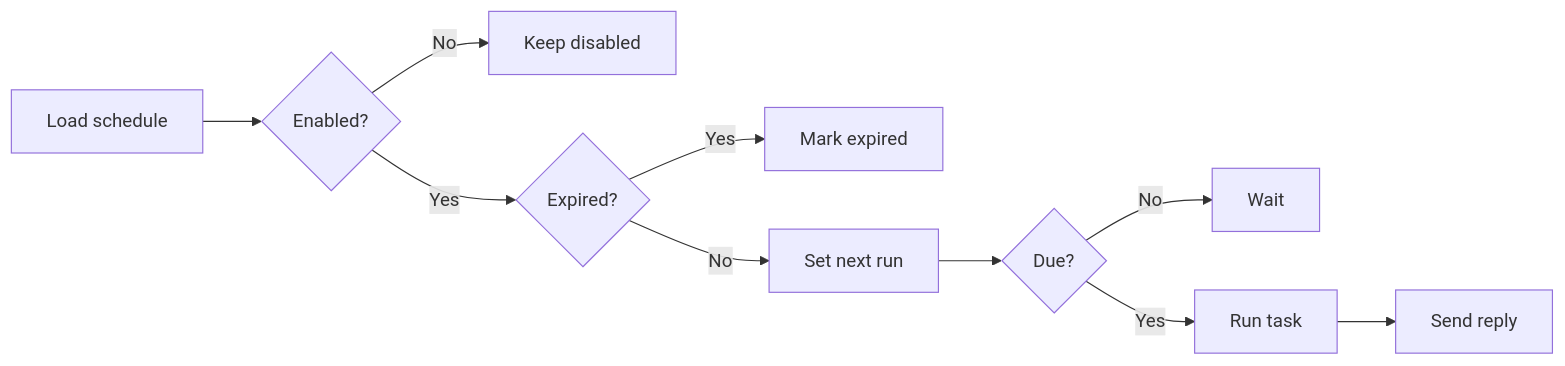
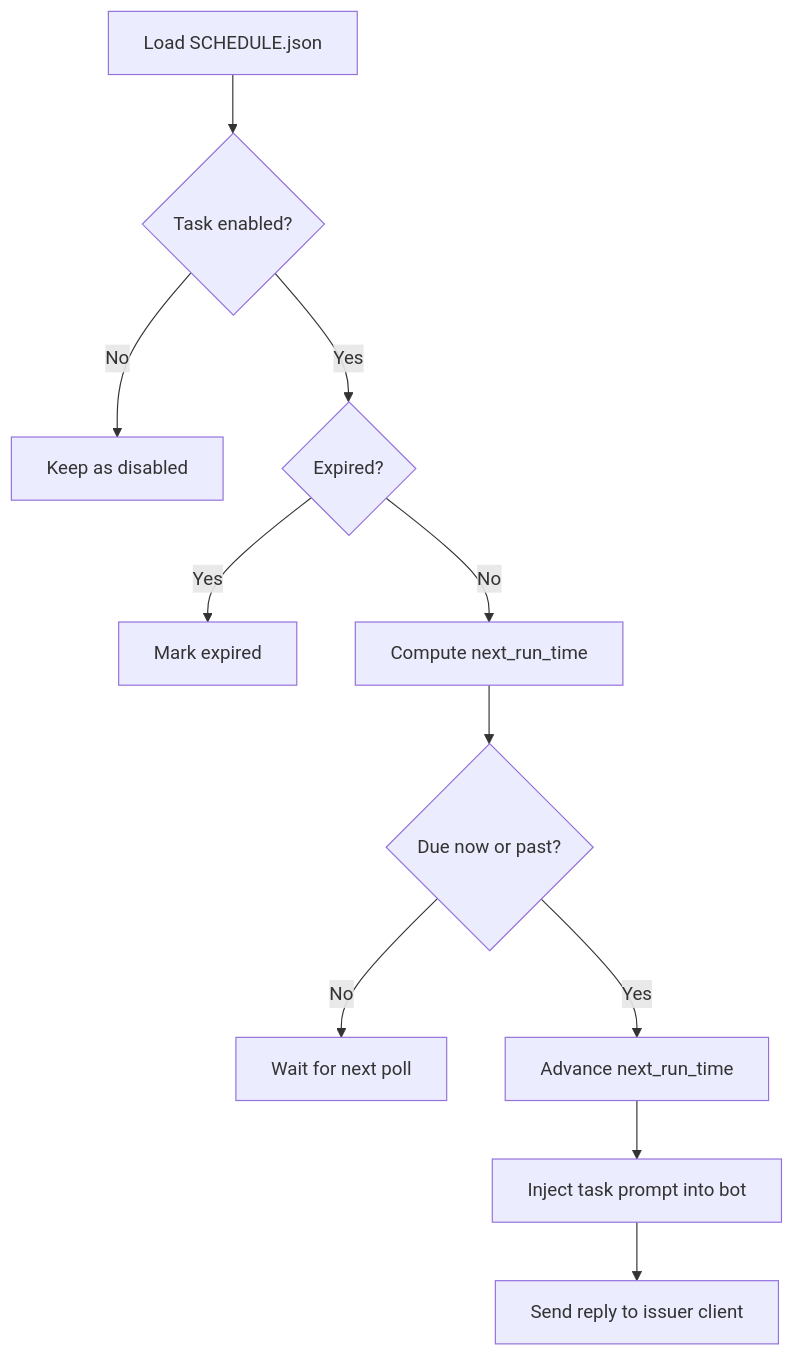
Before and after one commit to hseeda/10L-H-Claw: the fourth of 5 diagrams in README.md, drawn with Mermaid. The commit also changed other lines of this file and 23 other files, not shown here.

````diff
--- a/README.md
+++ b/README.md
@@ -237,12 +270,13 @@
 ```mermaid
-flowchart LR
-    A[Load schedule] --> B{Enabled?}
-    B -- No --> X[Keep disabled]
+flowchart TD
+    A[Load SCHEDULE.json] --> B{Task enabled?}
+    B -- No --> X[Keep as disabled]
     B -- Yes --> C{Expired?}
     C -- Yes --> Y[Mark expired]
-    C -- No --> D[Set next run]
-    D --> E{Due?}
-    E -- No --> F[Wait]
-    E -- Yes --> G[Run task]
-    G --> H[Send reply]
+    C -- No --> D[Compute next_run_time]
+    D --> E{Due now or past?}
+    E -- No --> F[Wait for next poll]
+    E -- Yes --> G[Advance next_run_time]
+    G --> H[Inject task prompt into bot]
+    H --> I[Send reply to issuer client]
 ```
````
